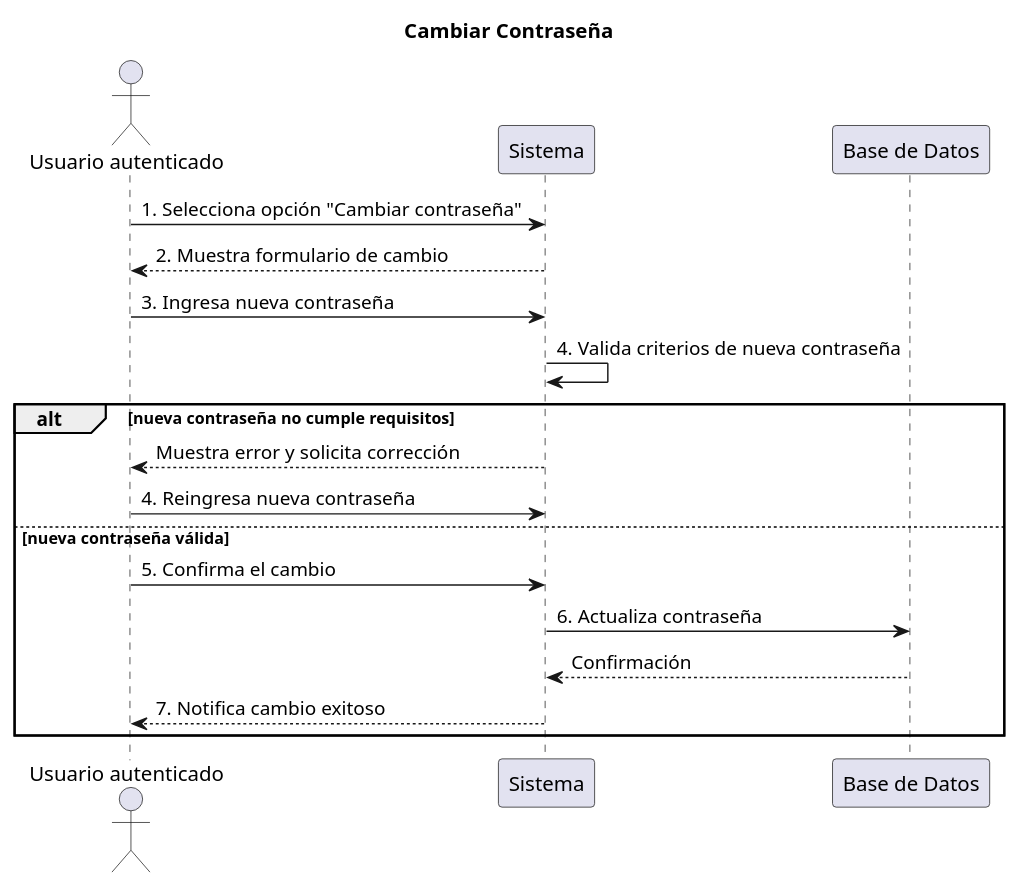
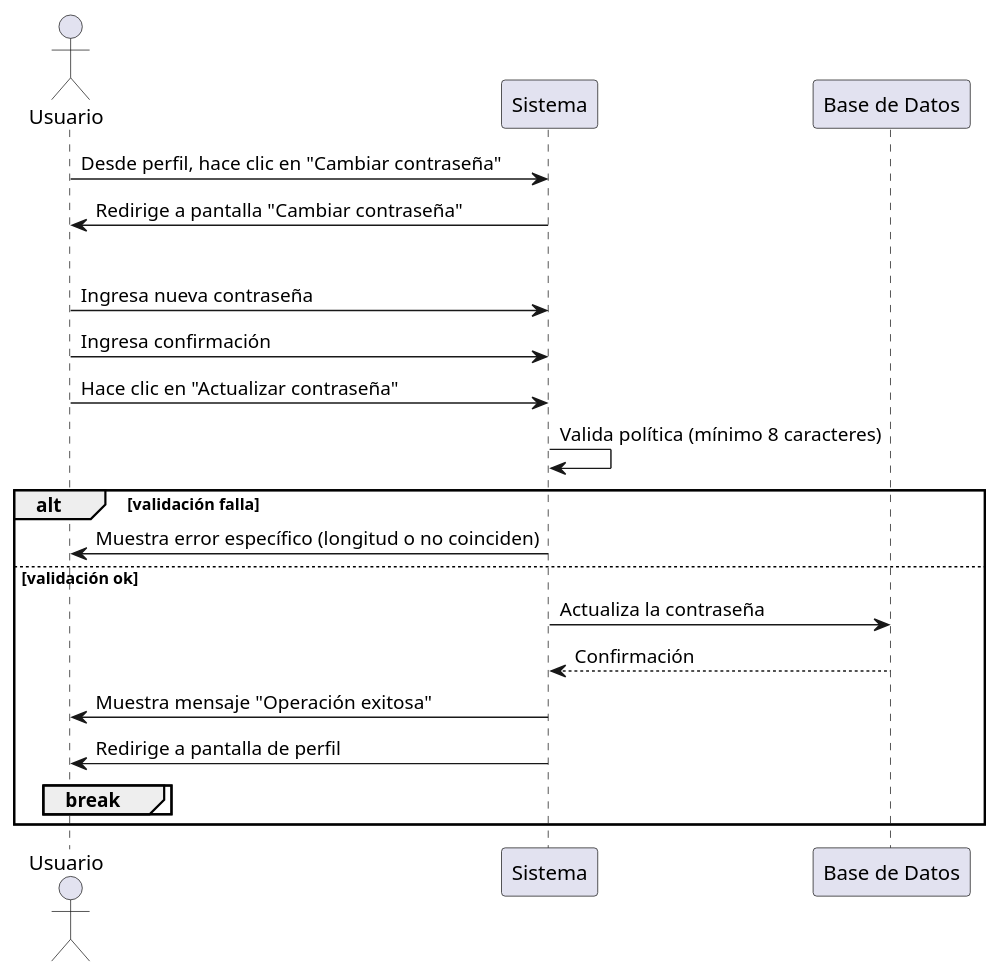
Before and after one commit to LauKnitIn/SISTEMA-GESTOR-DE-RECORRIDOS: the diagram in diagramas_modulo_autenticacion/secuencia-modulo-autenticacion/Secuencia_Cambiar_contraseña.puml, drawn with PlantUML. The commit also changed 11 other files, not shown here.

Commit message:
Se modificaron los diagramas de secuencia y actividades del módulo de autenticación

```diff
--- a/diagramas_modulo_autenticacion/secuencia-modulo-autenticacion/Secuencia_Cambiar_contraseña.puml
+++ b/diagramas_modulo_autenticacion/secuencia-modulo-autenticacion/Secuencia_Cambiar_contraseña.puml
@@ -1,21 +1,26 @@
 @startuml
-title Cambiar Contraseña
-
-actor "Usuario autenticado" as Usuario
-participant "Sistema" as Sistema
+actor Usuario
+participant "Sistema" as S
 participant "Base de Datos" as BD
 
-Usuario -> Sistema: 1. Selecciona opción "Cambiar contraseña"
-Sistema --> Usuario: 2. Muestra formulario de cambio
-Usuario -> Sistema: 3. Ingresa nueva contraseña
-Sistema -> Sistema: 4. Valida criterios de nueva contraseña
-    alt nueva contraseña no cumple requisitos
-        Sistema --> Usuario: Muestra error y solicita corrección
-        Usuario -> Sistema: 4. Reingresa nueva contraseña
-    else nueva contraseña válida
-        Usuario -> Sistema: 5. Confirma el cambio
-        Sistema -> BD: 6. Actualiza contraseña
-        BD --> Sistema: Confirmación
-        Sistema --> Usuario: 7. Notifica cambio exitoso
-    end
+Usuario -> S: Desde perfil, hace clic en "Cambiar contraseña"
+S -> Usuario: Redirige a pantalla "Cambiar contraseña"
+
+loop while contraseña no válida
+  Usuario -> S: Ingresa nueva contraseña
+  Usuario -> S: Ingresa confirmación
+  Usuario -> S: Hace clic en "Actualizar contraseña"
+  
+  S -> S: Valida política (mínimo 8 caracteres)
+  
+  alt validación falla
+    S -> Usuario: Muestra error específico (longitud o no coinciden)
+  else validación ok
+    S -> BD: Actualiza la contraseña
+    BD --> S: Confirmación
+    S -> Usuario: Muestra mensaje "Operación exitosa"
+    S -> Usuario: Redirige a pantalla de perfil
+    break
+  end
+end
 @enduml
```
